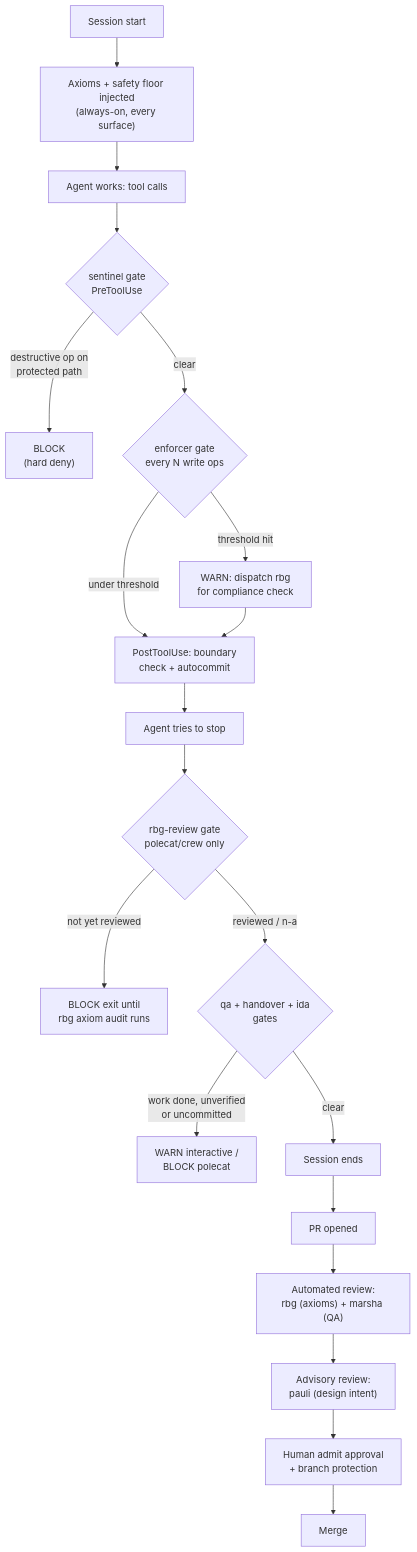
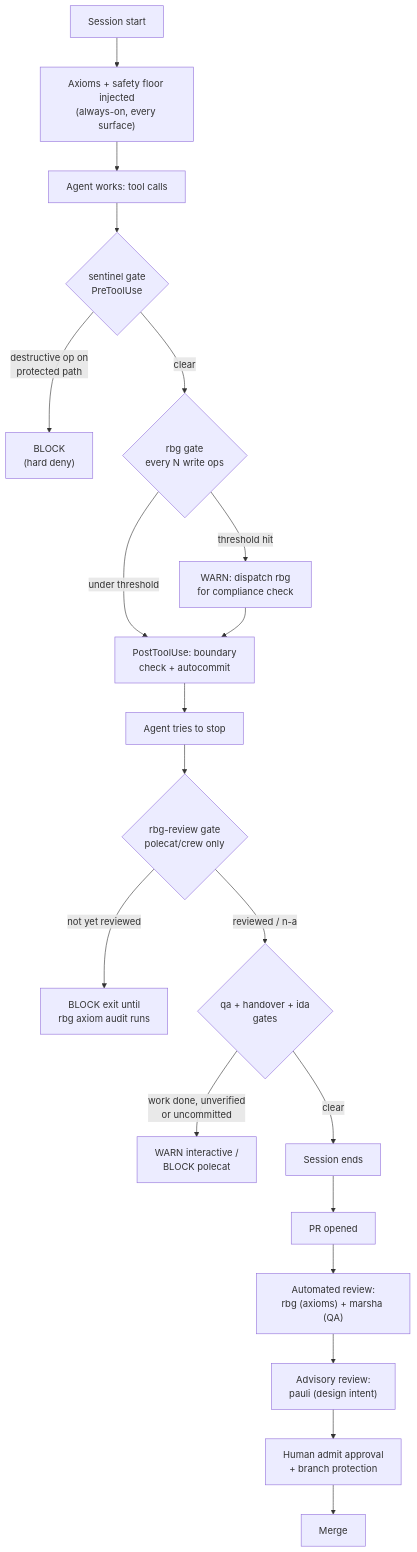
Before and after one commit to nicsuzor/academicOps: the diagram in README.md, drawn with Mermaid. The commit also changed other lines of this file and 18 other files, not shown here.

````diff
--- a/README.md
+++ b/README.md
@@ -105,22 +105,22 @@
 ```mermaid
 flowchart TD
     A[Session start] --> B["Axioms + safety floor injected\n(always-on, every surface)"]
     B --> C[Agent works: tool calls]
     C --> D{sentinel gate\nPreToolUse}
     D -- destructive op on\nprotected path --> DB["BLOCK\n(hard deny)"]
-    D -- clear --> E{enforcer gate\nevery N write ops}
+    D -- clear --> E{rbg gate\nevery N write ops}
     E -- threshold hit --> EW["WARN: dispatch rbg\nfor compliance check"]
     E -- under threshold --> F[PostToolUse: boundary\ncheck + autocommit]
     EW --> F
     F --> G[Agent tries to stop]
     G --> H{rbg-review gate\npolecat/crew only}
     H -- not yet reviewed --> HB["BLOCK exit until\nrbg axiom audit runs"]
     H -- reviewed / n-a --> I{qa + handover + ida\ngates}
     I -- work done, unverified\nor uncommitted --> IW["WARN interactive /\nBLOCK polecat"]
     I -- clear --> J[Session ends]
     J --> K[PR opened]
     K --> L["Automated review:\nrbg (axioms) + marsha (QA)"]
     L --> M["Advisory review:\npauli (design intent)"]
     M --> N["Human admit approval\n+ branch protection"]
     N --> O[Merge]
 ```
````
